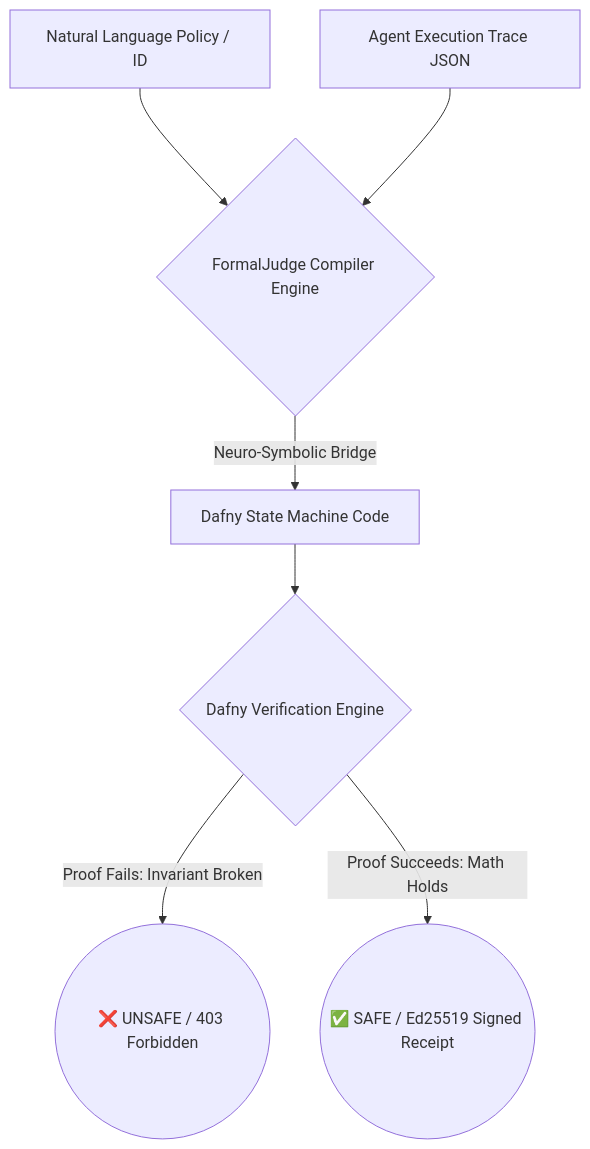
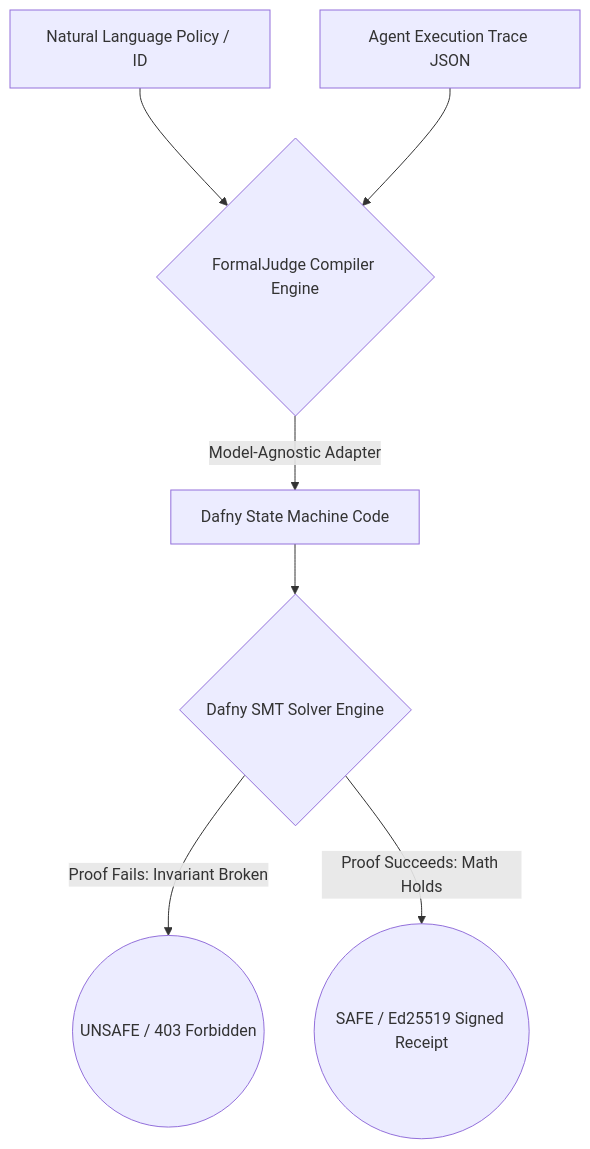
The diagram in README.md (talife/formaljudge), drawn with Mermaid before and after one commit. The commit also changed other lines of this file, not shown here.

````diff
--- a/README.md
+++ b/README.md
@@ -27,9 +26,9 @@
 ```mermaid
 graph TD
     A[Natural Language Policy / ID] --> C
     B[Agent Execution Trace JSON] --> C
-    C{FormalJudge Compiler Engine} -->|Neuro-Symbolic Bridge| D[Dafny State Machine Code]
-    D --> E{Dafny Verification Engine}
-    E -->|Proof Fails: Invariant Broken| F((❌ UNSAFE / 403 Forbidden))
-    E -->|Proof Succeeds: Math Holds| G((✅ SAFE / Ed25519 Signed Receipt))
+    C{FormalJudge Compiler Engine} -->|Model-Agnostic Adapter| D[Dafny State Machine Code]
+    D --> E{Dafny SMT Solver Engine}
+    E -->|Proof Fails: Invariant Broken| F((UNSAFE / 403 Forbidden))
+    E -->|Proof Succeeds: Math Holds| G((SAFE / Ed25519 Signed Receipt))
 ```
````
